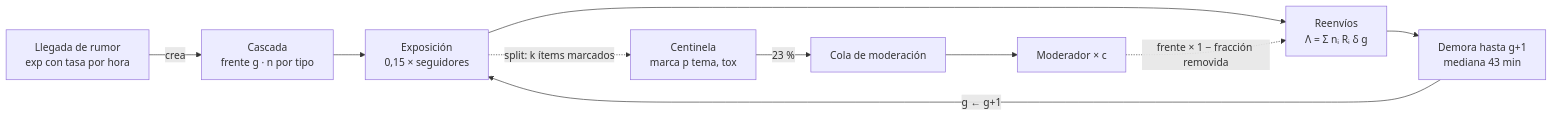
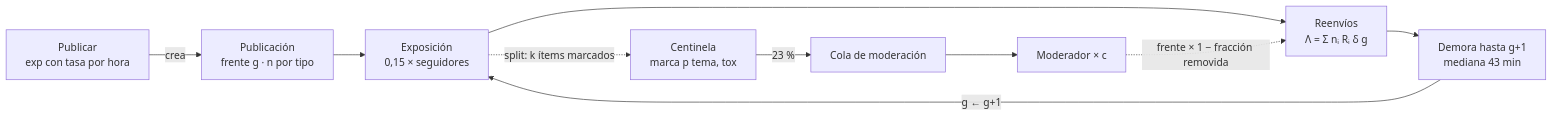
Before and after one commit to justocelsi/io2-tp3-redbaires: the diagram in README.md, drawn with Mermaid. The commit also changed other lines of this file and 1 other file, not shown here.

````diff
--- a/README.md
+++ b/README.md
@@ -42,12 +43,12 @@
 ```mermaid
 flowchart LR
-    A[Llegada de rumor<br/>exp con tasa por hora] -->|crea| B[Cascada<br/>frente g · n por tipo]
+    A[Publicar<br/>exp con tasa por hora] -->|crea| B[Publicación<br/>frente g · n por tipo]
     B --> C[Exposición<br/>0,15 × seguidores]
     C --> D[Reenvíos<br/>Λ = Σ nᵢ Rᵢ δ g]
     D --> E[Demora hasta g+1<br/>mediana 43 min]
     E -->|g ← g+1| C
     C -.->|split: k ítems marcados| F[Centinela<br/>marca p tema, tox]
     F -->|23 %| G[Cola de moderación]
     G --> H[Moderador × c]
     H -.->|frente × 1 − fracción removida| D
 ```
````
